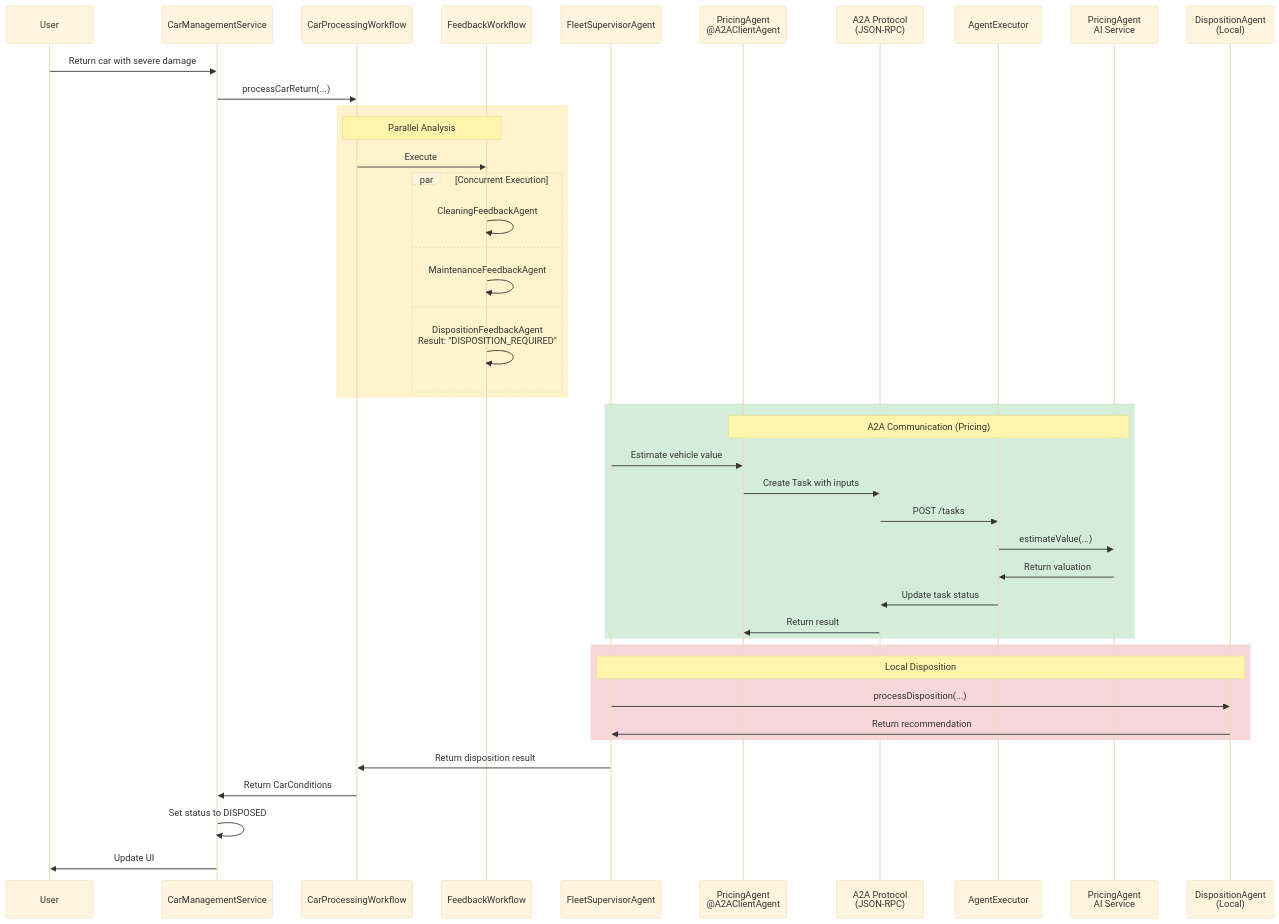
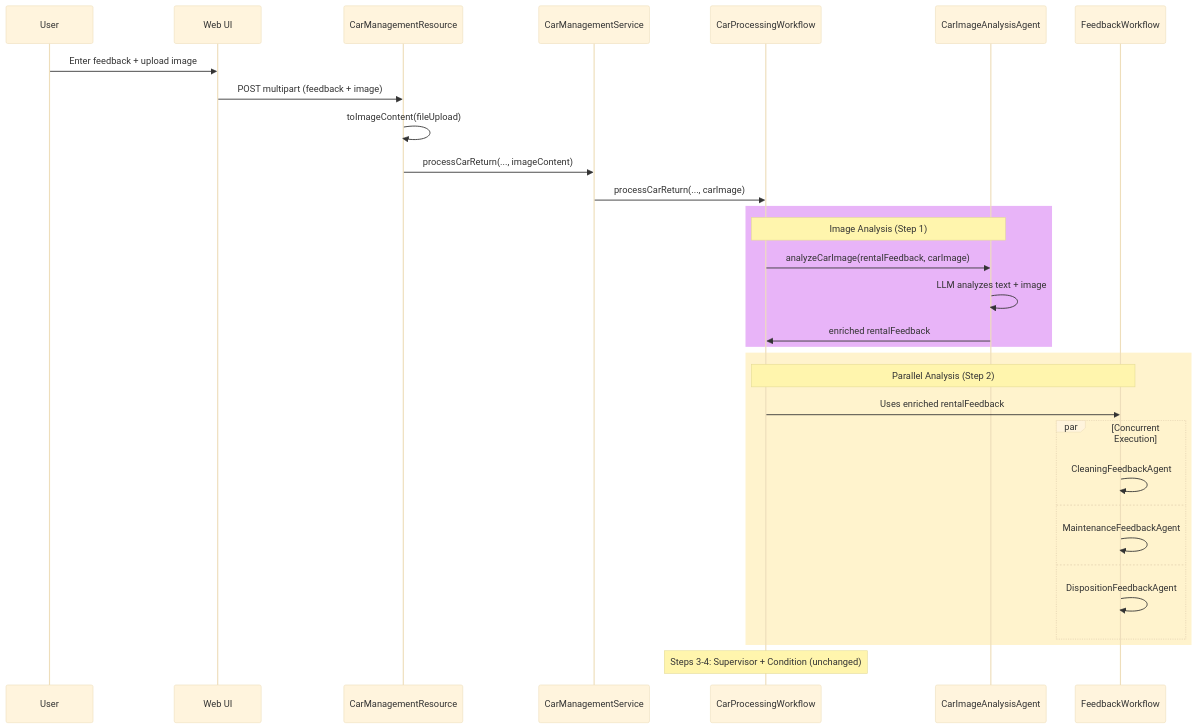
Before and after one commit to quarkusio/quarkus-workshop-langchain4j: the second of 2 diagrams in docs/docs/section-2/step-06.md, drawn with Mermaid (base theme). The commit also changed other lines of this file and 94 other files, not shown here.

````diff
--- a/docs/docs/section-2/step-06.md
+++ b/docs/docs/section-2/step-06.md
@@ -563,50 +407,37 @@
 ```mermaid
 sequenceDiagram
     participant User
+    participant UI as Web UI
+    participant REST as CarManagementResource
     participant Service as CarManagementService
     participant Workflow as CarProcessingWorkflow
+    participant ImageAgent as CarImageAnalysisAgent
     participant FeedbackWF as FeedbackWorkflow
-    participant Supervisor as FleetSupervisorAgent
-    participant PricingClient as PricingAgent<br/>@A2AClientAgent
-    participant A2A as A2A Protocol<br/>(JSON-RPC)
-    participant Executor as AgentExecutor
-    participant PricingRemote as PricingAgent<br/>AI Service
-    participant Disposition as DispositionAgent<br/>(Local)
 
-    User->>Service: Return car with severe damage
-    Service->>Workflow: processCarReturn(...)
+    User->>UI: Enter feedback + upload image
+    UI->>REST: POST multipart (feedback + image)
+    REST->>REST: toImageContent(fileUpload)
+    REST->>Service: processCarReturn(..., imageContent)
+    Service->>Workflow: processCarReturn(..., carImage)
+
+    rect rgb(232, 180, 248)
+    Note over Workflow,ImageAgent: Image Analysis (Step 1)
+    Workflow->>ImageAgent: analyzeCarImage(rentalFeedback, carImage)
+    ImageAgent->>ImageAgent: LLM analyzes text + image
+    ImageAgent->>Workflow: enriched rentalFeedback
+    end
 
     rect rgb(255, 243, 205)
-    Note over Workflow,FeedbackWF: Parallel Analysis
-    Workflow->>FeedbackWF: Execute
+    Note over Workflow,FeedbackWF: Parallel Analysis (Step 2)
+    Workflow->>FeedbackWF: Uses enriched rentalFeedback
     par Concurrent Execution
         FeedbackWF->>FeedbackWF: CleaningFeedbackAgent
     and
         FeedbackWF->>FeedbackWF: MaintenanceFeedbackAgent
     and
-        FeedbackWF->>FeedbackWF: DispositionFeedbackAgent<br/>Result: "DISPOSITION_REQUIRED"
+        FeedbackWF->>FeedbackWF: DispositionFeedbackAgent
     end
     end
 
-    rect rgb(212, 237, 218)
-    Note over PricingClient,PricingRemote: A2A Communication (Pricing)
-    Supervisor->>PricingClient: Estimate vehicle value
-    PricingClient->>A2A: Create Task with inputs
-    A2A->>Executor: POST /tasks
-    Executor->>PricingRemote: estimateValue(...)
-    PricingRemote->>Executor: Return valuation
-    Executor->>A2A: Update task status
-    A2A->>PricingClient: Return result
-    end
-
-    rect rgb(248, 215, 218)
-    Note over Supervisor,Disposition: Local Disposition
-    Supervisor->>Disposition: processDisposition(...)
-    Disposition->>Supervisor: Return recommendation
-    end
-
-    Supervisor->>Workflow: Return disposition result
-    Workflow->>Service: Return CarConditions
-    Service->>Service: Set status to DISPOSED
-    Service->>User: Update UI
+    Note over Workflow: Steps 3-4: Supervisor + Condition (unchanged)
 ```
````
